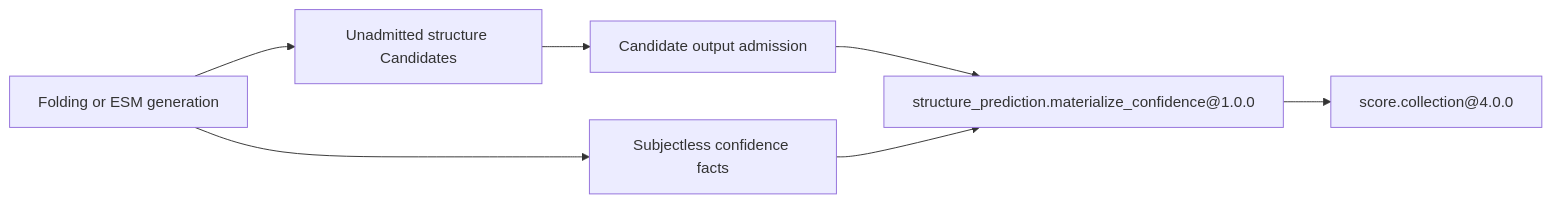
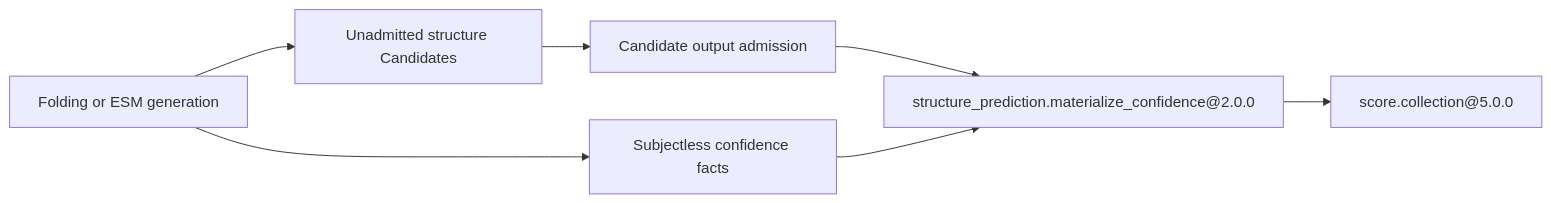
The second of 3 diagrams in docs/protein_workbench_architecture.md (natsusorahoshinochan-max/modules-ESM), drawn with Mermaid before and after one commit. The commit also changed other lines of this file and 177 other files, not shown here.

````diff
--- a/docs/protein_workbench_architecture.md
+++ b/docs/protein_workbench_architecture.md
@@ -540,9 +540,9 @@
 ```mermaid
 flowchart LR
     GEN["Folding or ESM generation"] --> CAND["Unadmitted structure Candidates"]
     GEN --> FACTS["Subjectless confidence facts"]
     CAND --> ADMIT["Candidate output admission"]
-    ADMIT --> MAT["structure_prediction.materialize_confidence@1.0.0"]
+    ADMIT --> MAT["structure_prediction.materialize_confidence@2.0.0"]
     FACTS --> MAT
-    MAT --> SCORE["score.collection@4.0.0"]
+    MAT --> SCORE["score.collection@5.0.0"]
 ```
````
